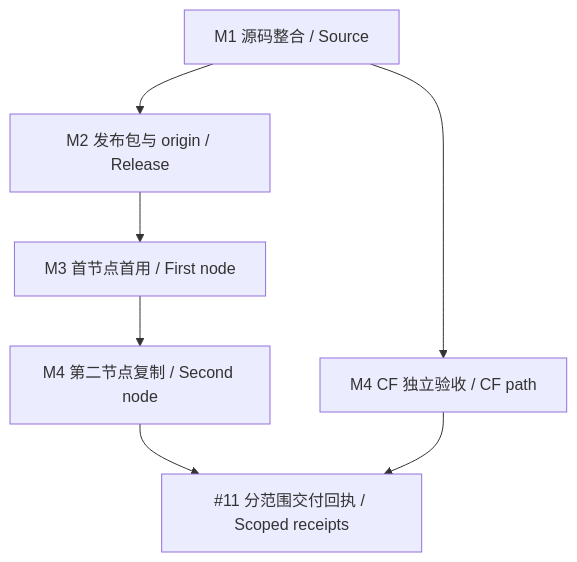
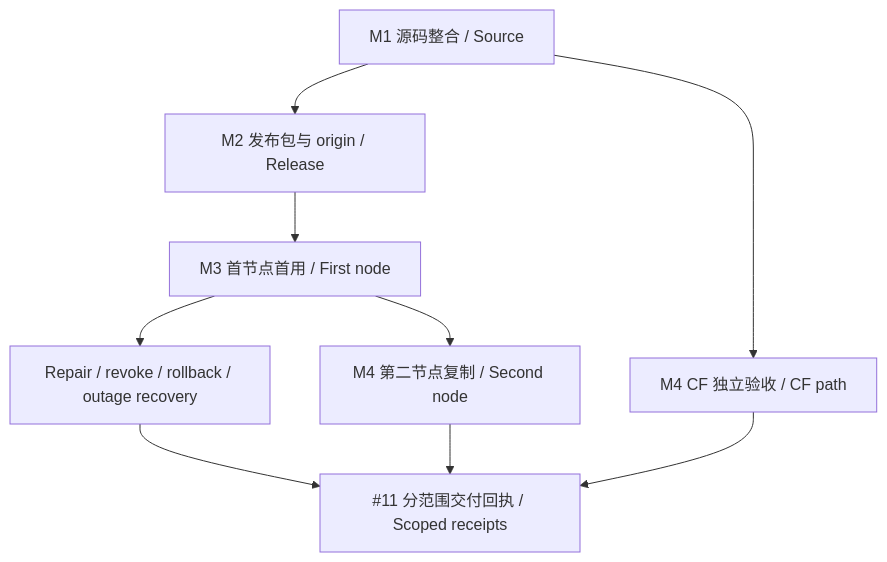
The diagram in docs/DELIVERY.md (youling/ghostfleet), drawn with Mermaid before and after one commit. The commit also changed other lines of this file, not shown here.

Commit message:
docs: separate M3 first-use from resilience acceptance

````diff
--- a/docs/DELIVERY.md
+++ b/docs/DELIVERY.md
@@ -38,9 +38,11 @@
 ```mermaid
 flowchart TD
   Source["M1 源码整合 / Source"] --> Release["M2 发布包与 origin / Release"]
   Release --> First["M3 首节点首用 / First node"]
   First --> Second["M4 第二节点复制 / Second node"]
+  First --> Resilience["Repair / revoke / rollback / outage recovery"]
   Source --> CF["M4 CF 独立验收 / CF path"]
-  Second --> Receipt["#11 分范围交付回执 / Scoped receipts"]
+  Resilience --> Receipt["#11 分范围交付回执 / Scoped receipts"]
+  Second --> Receipt
   CF --> Receipt
 ```
````
